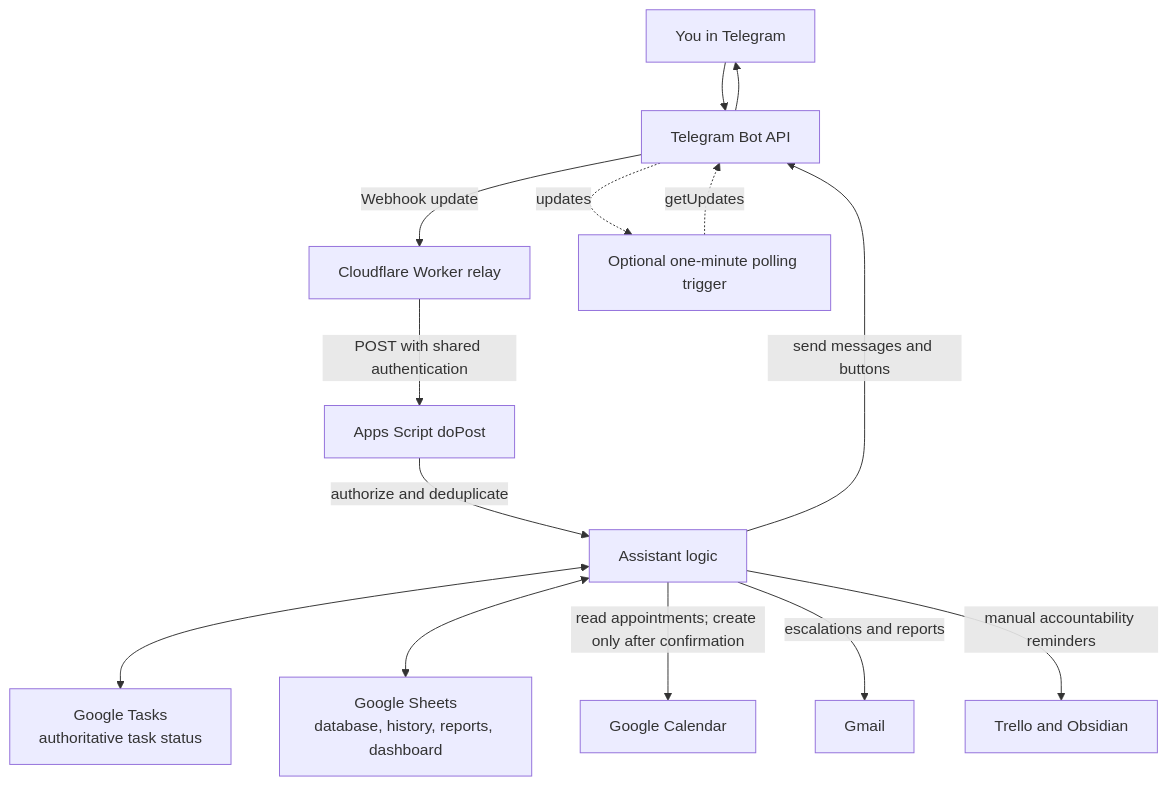
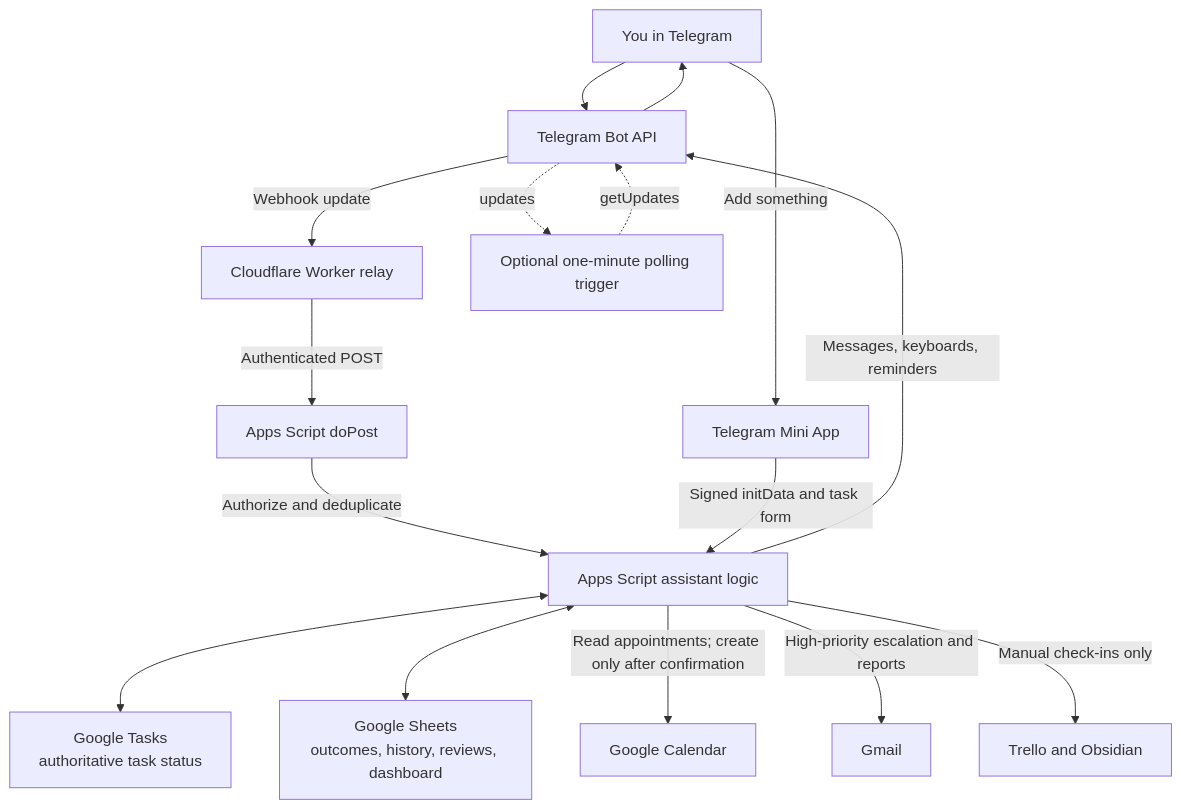
One commit to mhishameg-lab/Tasks-Manager-Google-Products-focused changed the first of 2 diagrams in README.md. Above: the diagram before and after it, drawn with Mermaid. The commit also changed other lines of this file and 13 other files, not shown here.

Commit message:
Redesign assistant around daily outcomes

````diff
--- a/README.md
+++ b/README.md
@@ -7,16 +7,18 @@
 ```mermaid
 flowchart TD
     U[You in Telegram] --> T[Telegram Bot API]
     T -->|Webhook update| W[Cloudflare Worker relay]
-    W -->|POST with shared authentication| A[Apps Script doPost]
+    W -->|Authenticated POST| A[Apps Script doPost]
+    A -->|Authorize and deduplicate| B[Apps Script assistant logic]
+    U -->|Add something| M[Telegram Mini App]
+    M -->|Signed initData and task form| B
+    B <--> G[Google Tasks<br/>authoritative task status]
+    B <--> S[Google Sheets<br/>outcomes, history, reviews, dashboard]
+    B -->|Read appointments; create only after confirmation| C[Google Calendar]
+    B -->|Messages, keyboards, reminders| T
+    T --> U
+    B -->|High-priority escalation and reports| E[Gmail]
+    B -->|Manual check-ins only| O[Trello and Obsidian]
     P[Optional one-minute polling trigger] -. getUpdates .-> T
     T -. updates .-> P
-    A -->|authorize and deduplicate| B[Assistant logic]
-    B <--> G[Google Tasks<br/>authoritative task status]
-    B <--> S[Google Sheets<br/>database, history, reports, dashboard]
-    B -->|read appointments; create only after confirmation| C[Google Calendar]
-    B -->|send messages and buttons| T
-    T --> U
-    B -->|escalations and reports| M[Gmail]
-    B -->|manual accountability reminders| O[Trello and Obsidian]
 ```
````
